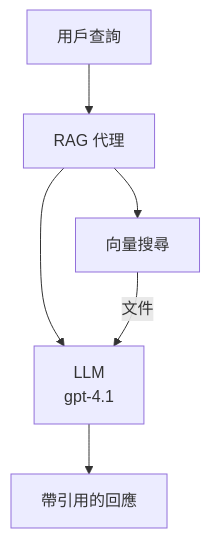
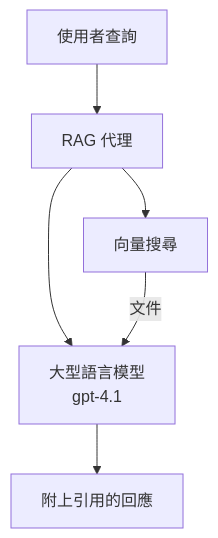
The second of 3 diagrams in translations/zh-MO/docs/chapter-02-ai-development/agents.md (microsoft/AZD-for-beginners), drawn with Mermaid before and after one commit. The commit also changed other lines of this file and 104 other files, not shown here.

````diff
--- a/translations/zh-MO/docs/chapter-02-ai-development/agents.md
+++ b/translations/zh-MO/docs/chapter-02-ai-development/agents.md
@@ -175,8 +181,8 @@
 ```mermaid
 graph TD
-    Query[用戶查詢] --> RAG[RAG 代理]
+    Query[使用者查詢] --> RAG[RAG 代理]
     RAG --> Vector[向量搜尋]
-    RAG --> LLM[LLM<br/>gpt-4.1]
+    RAG --> LLM[大型語言模型<br/>gpt-4.1]
     Vector -- 文件 --> LLM
-    LLM --> Response[帶引用的回應]
+    LLM --> Response[附上引用的回應]
 ```
````
